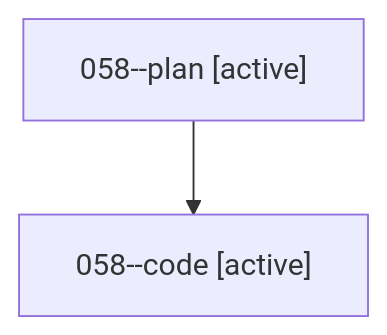
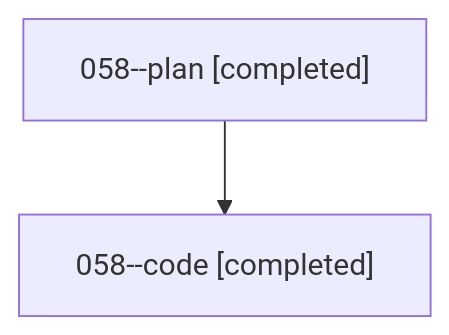
Before and after one commit to bobs-org/bob-cli--agents: the diagram in families/bbugyi200.athena.058.md, drawn with Mermaid. The commit also changed other lines of this file and 61 other files, not shown here.

````diff
--- a/families/bbugyi200.athena.058.md
+++ b/families/bbugyi200.athena.058.md
@@ -9,6 +9,6 @@
 ```mermaid
 flowchart TD
-  n0["058--plan [active]"]
-  n1["058--code [active]"]
+  n0["058--plan [completed]"]
+  n1["058--code [completed]"]
   n0 --> n1
 ```
````
